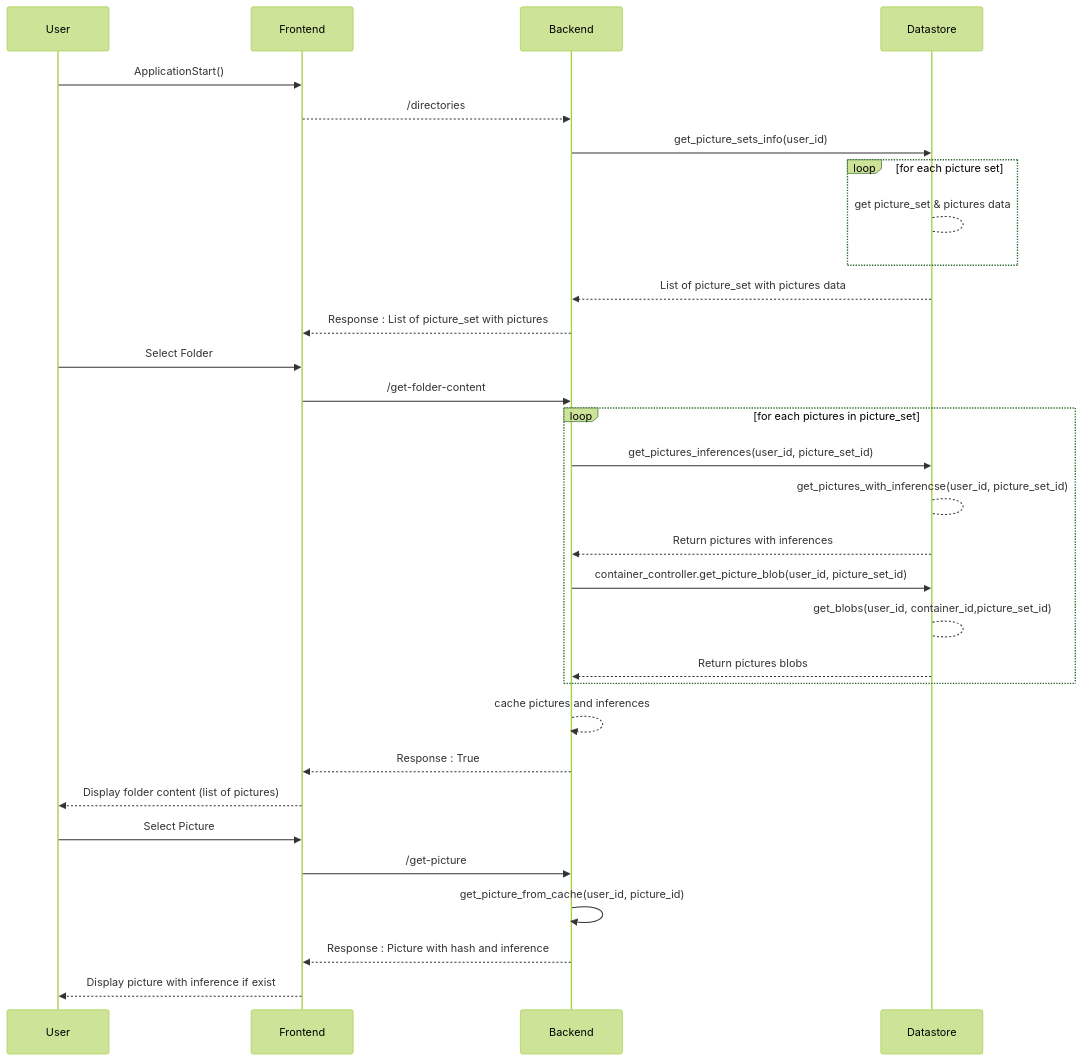
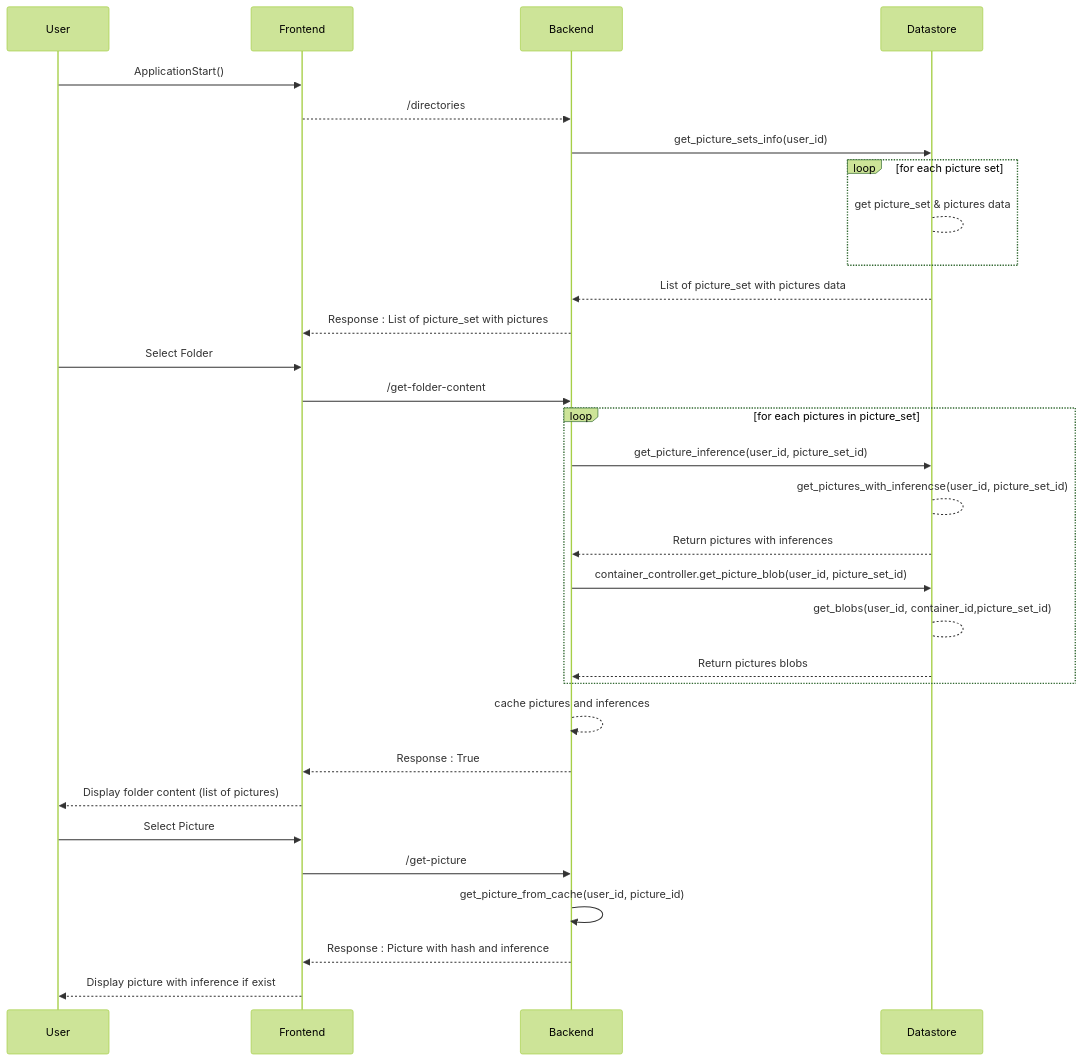
The third of 3 diagrams in nachet/doc/nachet-manage-folders.md (ai-cfia/ailab-datastore), drawn with Mermaid (forest theme) before and after one commit. The commit also changed 3 other files, not shown here.

````diff
--- a/nachet/doc/nachet-manage-folders.md
+++ b/nachet/doc/nachet-manage-folders.md
@@ -155,36 +155,36 @@
 ```mermaid
 sequenceDiagram
     participant User
     participant FE as Frontend
     participant BE as Backend
     participant DS as Datastore
 
     User->>FE: ApplicationStart()
         FE-->>BE:  /directories
             BE->>DS: get_picture_sets_info(user_id)
                 loop for each picture set
                     DS-->DS: get picture_set & pictures data
                 end
             DS-->>BE: List of picture_set with pictures data
         BE-->>FE: Response : List of picture_set with pictures
     User->>FE: Select Folder
         FE->>BE: /get-folder-content
             loop for each pictures in picture_set
-                    BE->>DS: get_pictures_inferences(user_id, picture_set_id)
+                    BE->>DS: get_picture_inference(user_id, picture_set_id)
                     DS-->DS: get_pictures_with_inferencse(user_id, picture_set_id)
                     DS-->>BE: Return pictures with inferences
                     BE->>DS: container_controller.get_picture_blob(user_id, picture_set_id)
                     DS-->DS: get_blobs(user_id, container_id,picture_set_id)
                     DS-->>BE: Return pictures blobs
                 end
         BE-->>BE: cache pictures and inferences
         BE-->>FE: Response : True
     FE-->>User: Display folder content (list of pictures)
     User->>FE: Select Picture
         FE->>BE: /get-picture
             BE->>BE: get_picture_from_cache(user_id, picture_id)
         BE-->>FE: Response : Picture with hash and inference
     FE-->>User: Display picture with inference if exist
 
 
 ```
````
